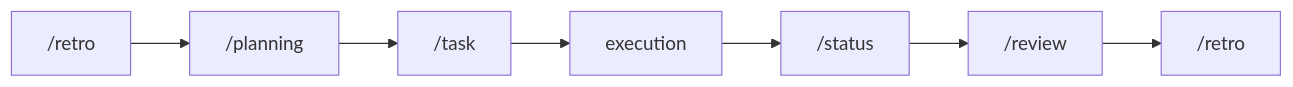
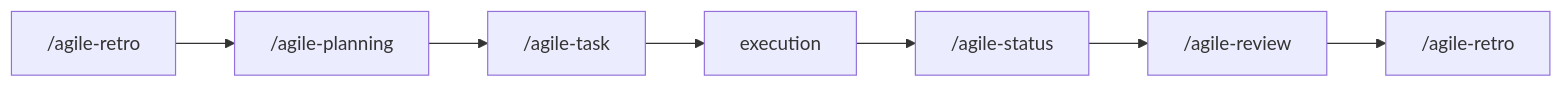
Before and after one commit to djalmajr/essential-skills: the diagram in skills/agile-planning/SKILL.md, drawn with Mermaid. The commit also changed other lines of this file and 16 other files, not shown here.

````diff
--- a/skills/agile-planning/SKILL.md
+++ b/skills/agile-planning/SKILL.md
@@ -108,9 +108,9 @@
 ```mermaid
 flowchart LR
-    A["/retro"] --> B["/planning"]
-    B --> C["/task"]
+    A["/agile-retro"] --> B["/agile-planning"]
+    B --> C["/agile-task"]
     C --> D[execution]
-    D --> E["/status"]
-    E --> F["/review"]
-    F --> G["/retro"]
+    D --> E["/agile-status"]
+    E --> F["/agile-review"]
+    F --> G["/agile-retro"]
 ```
````
